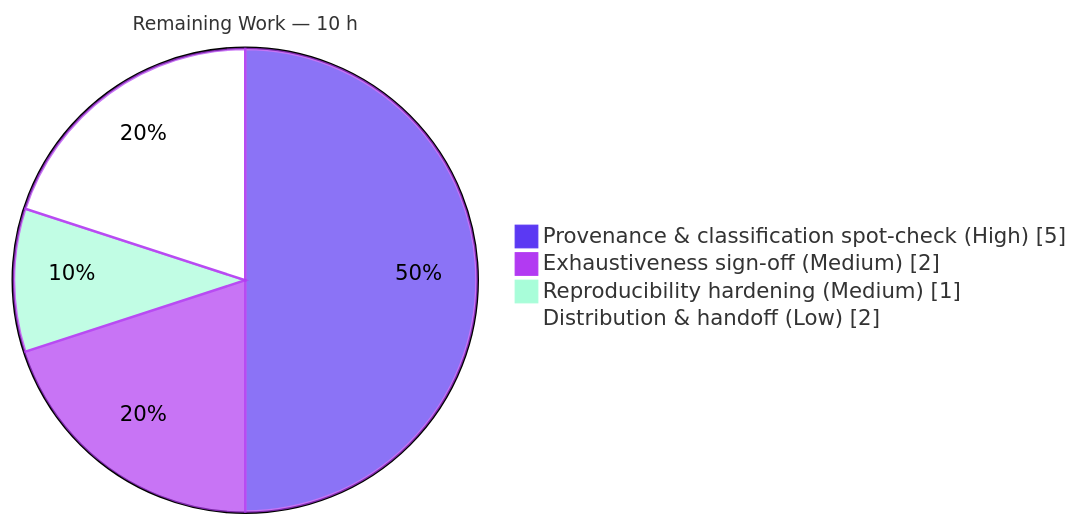
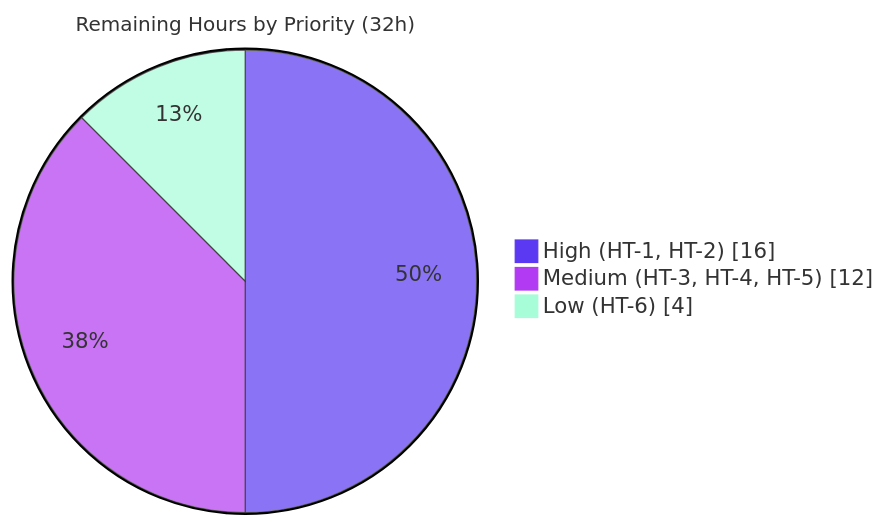
One commit to blitzy-public-samples/ardupilot-blitzy changed the fourth of 4 diagrams in blitzy/documentation/Project Guide.md. Above: the diagram before and after it, drawn with Mermaid. The commit also changed other lines of this file, not shown here.

Commit message:
Adding Blitzy Project Guide: Project Status and Human Tasks Remaining

````diff
--- a/blitzy/documentation/Project Guide.md
+++ b/blitzy/documentation/Project Guide.md
@@ -198,8 +230,7 @@
 ```mermaid
-%%{init: {'theme':'base', 'themeVariables': {'pie1':'#5B39F3','pie2':'#B23AF2','pie3':'#A8FDD9','pie4':'#FFFFFF','pieStrokeColor':'#B23AF2','pieSectionTextColor':'#000000','pieTitleTextSize':'15px'}}}%%
-pie showData title Remaining Work — 10 h
-    "Provenance & classification spot-check (High)" : 5
-    "Exhaustiveness sign-off (Medium)" : 2
-    "Reproducibility hardening (Medium)" : 1
-    "Distribution & handoff (Low)" : 2
+%%{init: {'theme':'base', 'themeVariables': {'pie1':'#5B39F3','pie2':'#B23AF2','pie3':'#A8FDD9','pieStrokeColor':'#333333','pieStrokeWidth':'1px','pieTitleTextSize':'16px'}}}%%
+pie showData title Remaining Hours by Priority (32h)
+    "High (HT-1, HT-2)" : 16
+    "Medium (HT-3, HT-4, HT-5)" : 12
+    "Low (HT-6)" : 4
 ```
````
